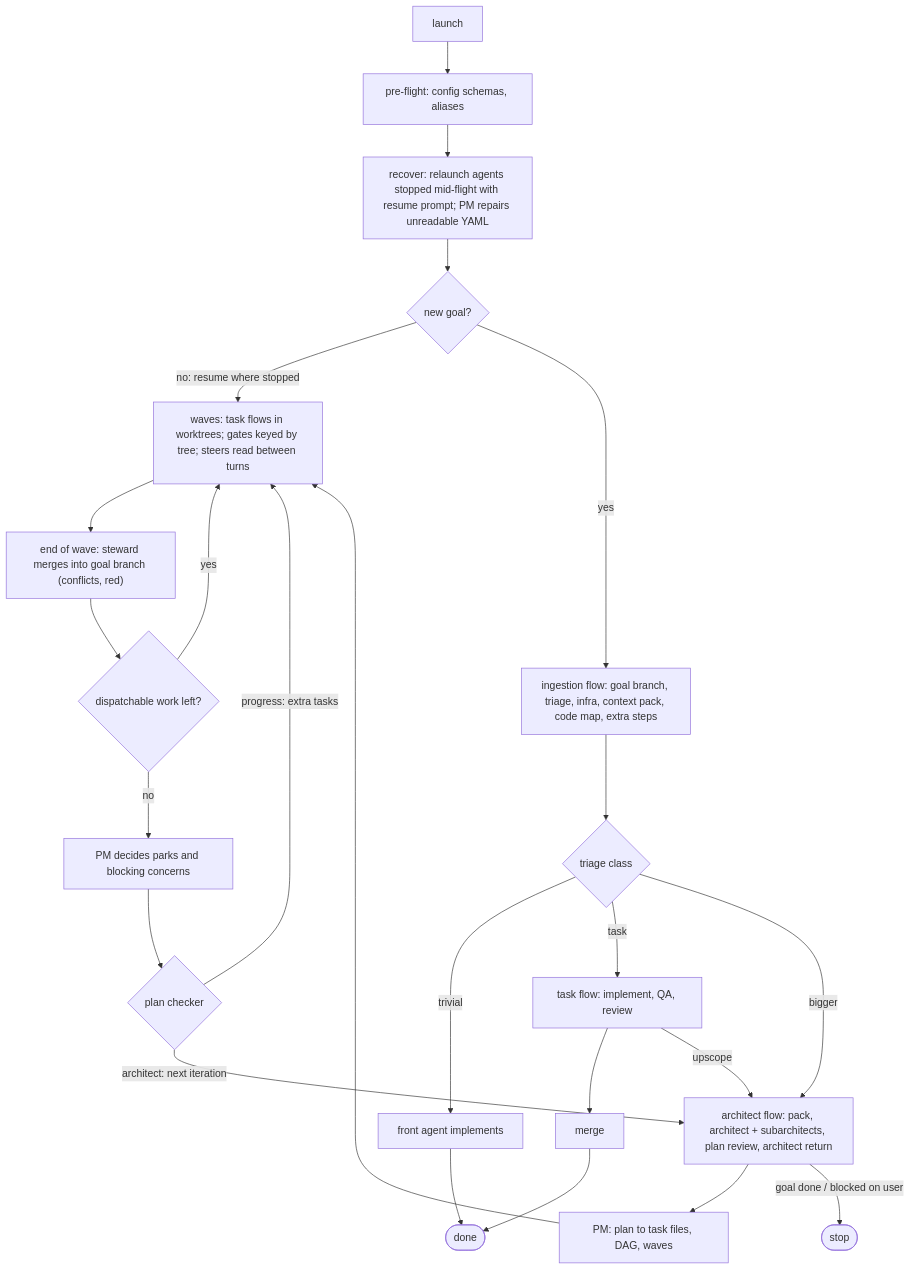
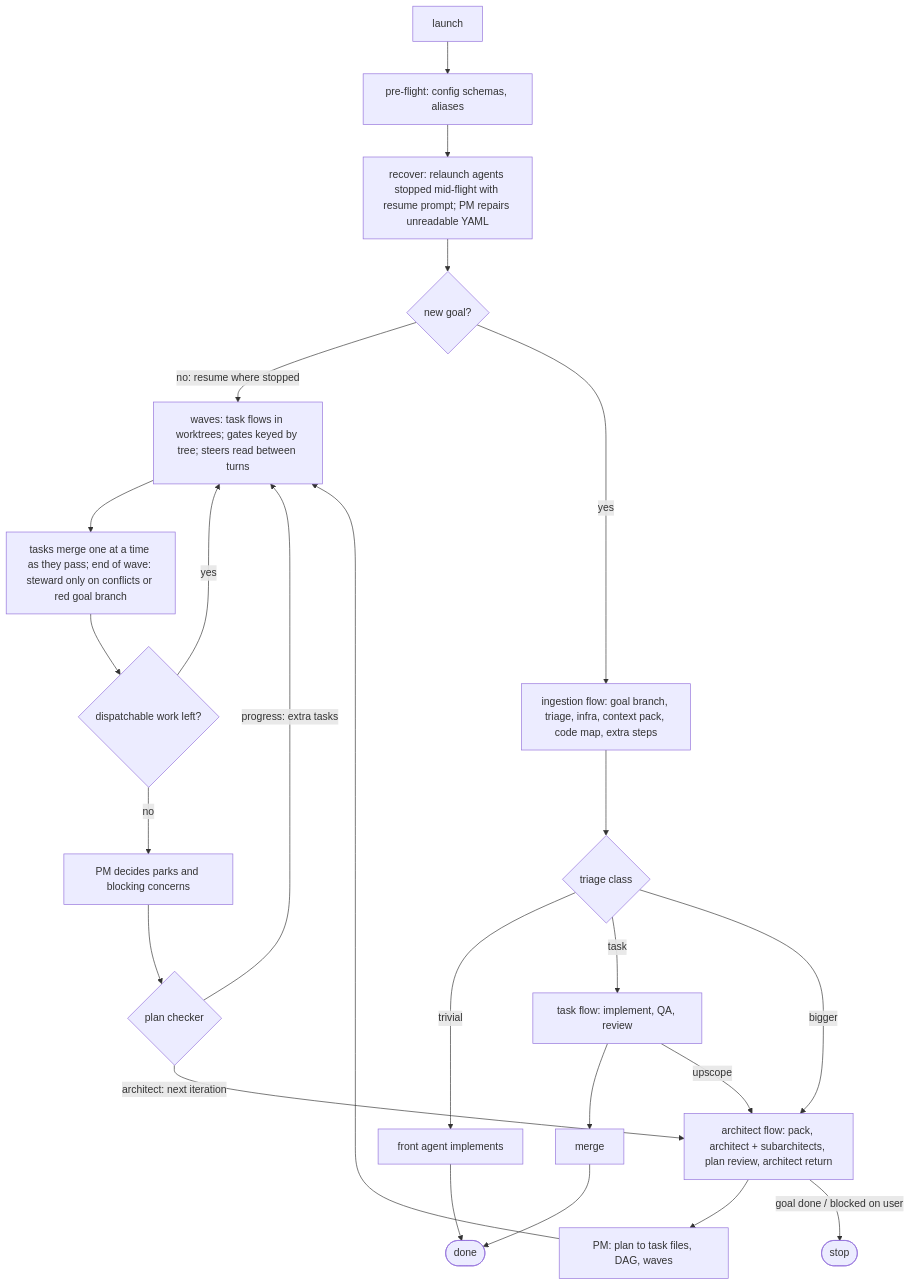
One commit to szavadsky/agentic-swarm changed the diagram in INTENT.md. Above: the diagram before and after it, drawn with Mermaid. The commit also changed other lines of this file and 1 other file, not shown here.

Commit message:
owner: INTENT.md clarifications (launch/iteration, goal branch, QA, saga passes, sandbox, cleanliness); gaps moved to GAPS.md

````diff
--- a/INTENT.md
+++ b/INTENT.md
@@ -86,23 +86,23 @@
 ```mermaid
 flowchart TD
     launch["launch"] --> preflight["pre-flight: config schemas, aliases"]
     preflight --> recover["recover: relaunch agents stopped mid-flight with resume prompt; PM repairs unreadable YAML"]
     recover --> isnew{"new goal?"}
     isnew -- "no: resume where stopped" --> waves
     isnew -- yes --> ingest["ingestion flow: goal branch, triage, infra, context pack, code map, extra steps"]
     ingest --> cls{"triage class"}
     cls -- trivial --> trivial["front agent implements"] --> done(["done"])
     cls -- task --> task["task flow: implement, QA, review"] --> merge1["merge"] --> done
     task -- upscope --> arch
     cls -- bigger --> arch["architect flow: pack, architect + subarchitects, plan review, architect return"]
     arch --> pm["PM: plan to task files, DAG, waves"]
     pm --> waves["waves: task flows in worktrees; gates keyed by tree; steers read between turns"]
-    waves --> steward["end of wave: steward merges into goal branch (conflicts, red)"]
+    waves --> steward["tasks merge one at a time as they pass; end of wave: steward only on conflicts or red goal branch"]
     steward --> left{"dispatchable work left?"}
     left -- yes --> waves
     left -- no --> parks["PM decides parks and blocking concerns"]
     parks --> checker{"plan checker"}
     checker -- "progress: extra tasks" --> waves
     checker -- "architect: next iteration" --> arch
     arch -- "goal done / blocked on user" --> stop(["stop"])
 ```
````
